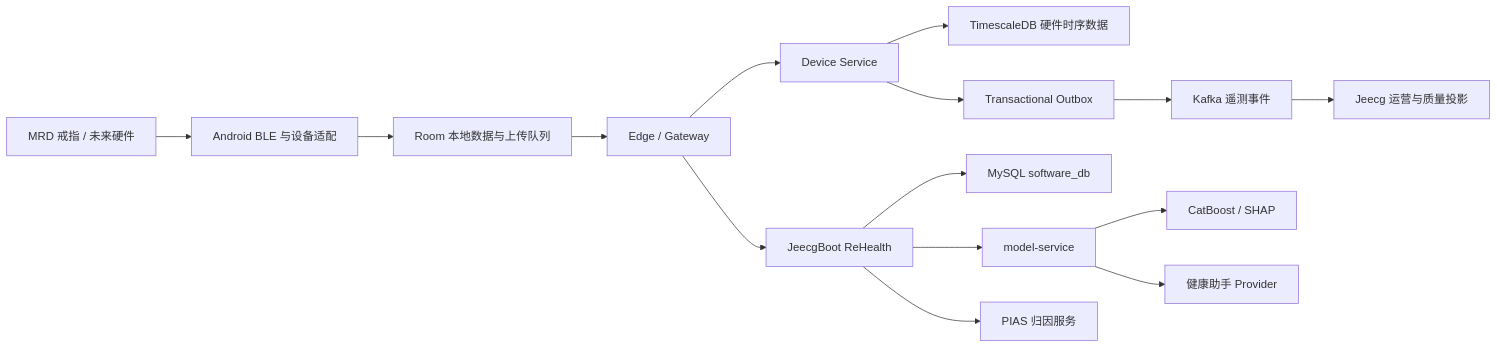
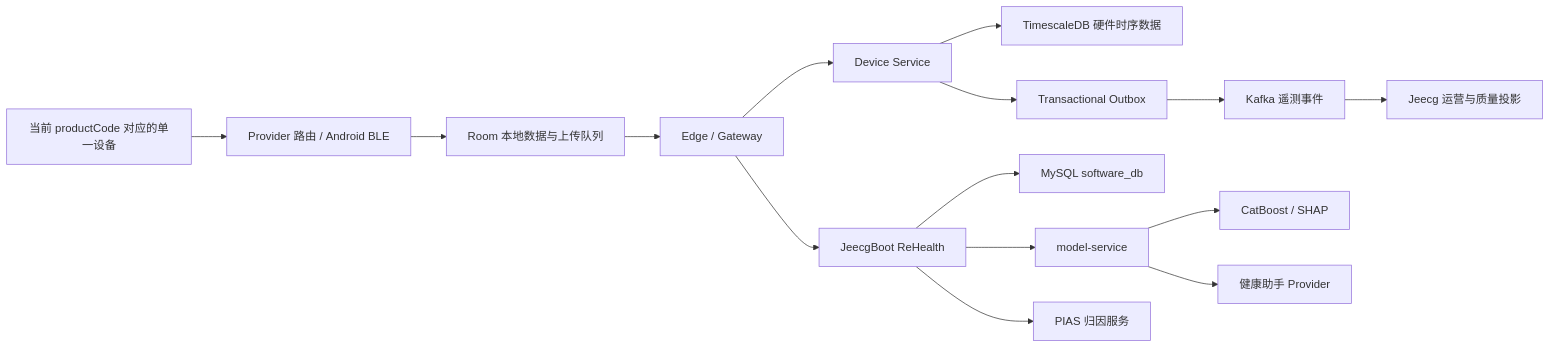
The diagram in README.md (wjmlong/rehealth_tongbu), drawn with Mermaid before and after one commit. The commit also changed other lines of this file and 21 other files, not shown here.

Commit message:
refactor(android): add single-active wearable provider routing

````diff
--- a/README.md
+++ b/README.md
@@ -33,20 +33,20 @@
 ```mermaid
 flowchart LR
-    Ring["MRD 戒指 / 未来硬件"] --> Android["Android BLE 与设备适配"]
+    Ring["当前 productCode 对应的单一设备"] --> Android["Provider 路由 / Android BLE"]
     Android --> Room["Room 本地数据与上传队列"]
     Room --> Edge["Edge / Gateway"]
 
     Edge --> Device["Device Service"]
     Edge --> Jeecg["JeecgBoot ReHealth"]
 
     Device --> Timescale["TimescaleDB 硬件时序数据"]
     Device --> Outbox["Transactional Outbox"]
     Outbox --> Kafka["Kafka 遥测事件"]
     Kafka --> Projection["Jeecg 运营与质量投影"]
 
     Jeecg --> SoftwareDb["MySQL software_db"]
     Jeecg --> Model["model-service"]
     Model --> Risk["CatBoost / SHAP"]
     Model --> Agent["健康助手 Provider"]
     Jeecg --> PIAS["PIAS 归因服务"]
 ```
````
